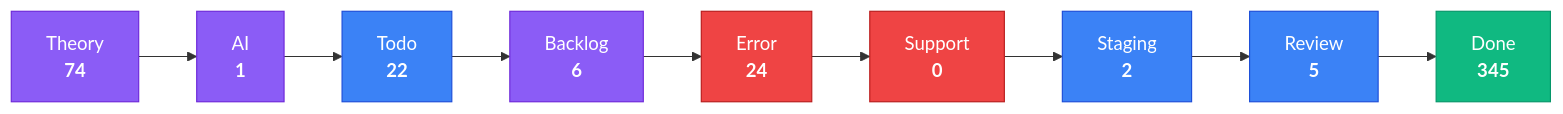
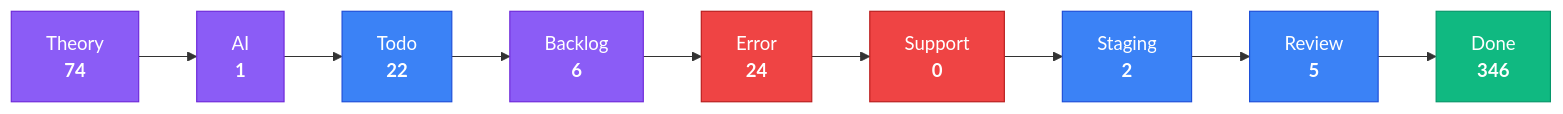
The third of 4 diagrams in apps/kbve/astro-kbve/src/content/docs/dashboard/kanban-data.mdx (KBVE/kbve), drawn with Mermaid before and after one commit. The commit also changed other lines of this file and 7 other files, not shown here.

````diff
--- a/apps/kbve/astro-kbve/src/content/docs/dashboard/kanban-data.mdx
+++ b/apps/kbve/astro-kbve/src/content/docs/dashboard/kanban-data.mdx
@@ -80,28 +80,28 @@
 ```mermaid
 flowchart LR
     classDef planning fill:#8b5cf6,stroke:#6d28d9,color:#fff
     classDef active fill:#3b82f6,stroke:#1d4ed8,color:#fff
     classDef blocked fill:#ef4444,stroke:#b91c1c,color:#fff
     classDef done fill:#10b981,stroke:#059669,color:#fff
     Theory["Theory<br/><strong>74</strong>"]
     Theory --> AI
     AI["AI<br/><strong>1</strong>"]
     AI --> Todo
     Todo["Todo<br/><strong>22</strong>"]
     Todo --> Backlog
     Backlog["Backlog<br/><strong>6</strong>"]
     Backlog --> Error
     Error["Error<br/><strong>24</strong>"]
     Error --> Support
     Support["Support<br/><strong>0</strong>"]
     Support --> Staging
     Staging["Staging<br/><strong>2</strong>"]
     Staging --> Review
     Review["Review<br/><strong>5</strong>"]
     Review --> Done
-    Done["Done<br/><strong>345</strong>"]
+    Done["Done<br/><strong>346</strong>"]
     class Theory,AI,Backlog planning
     class Todo,Staging,Review active
     class Error,Support blocked
     class Done done
 ```
````
